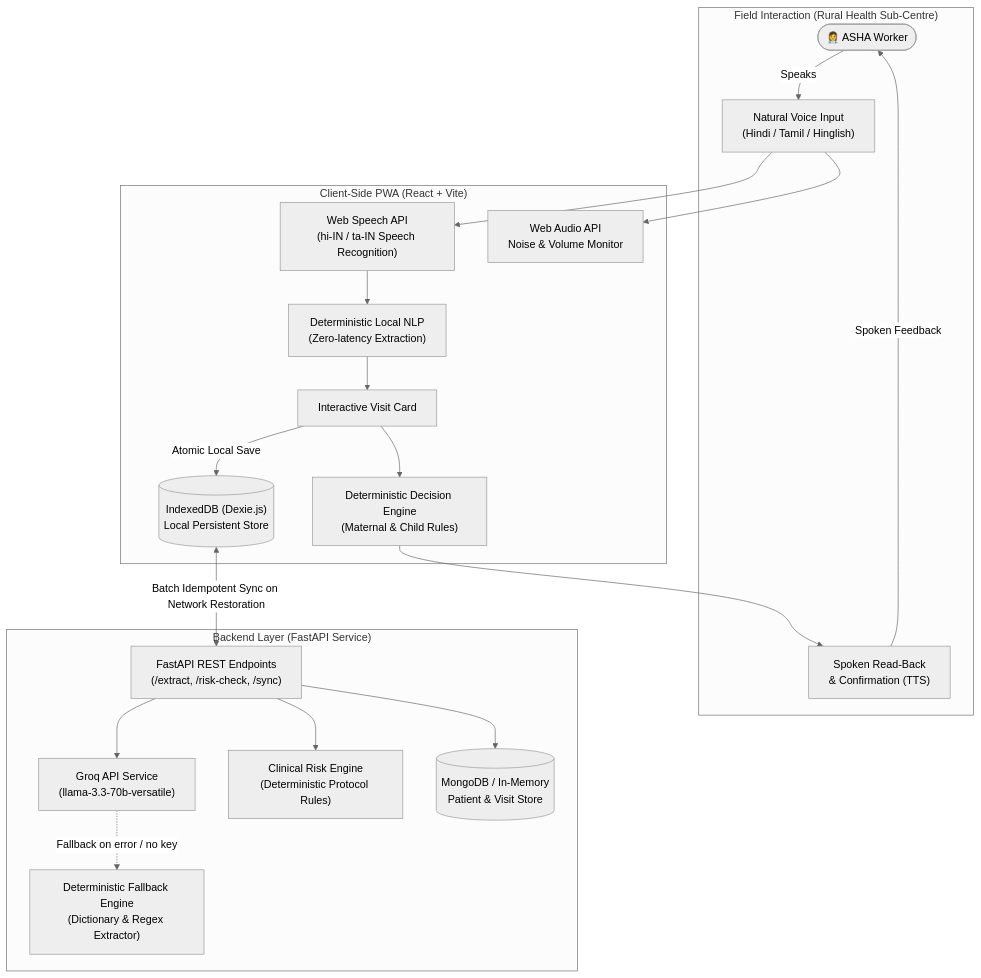
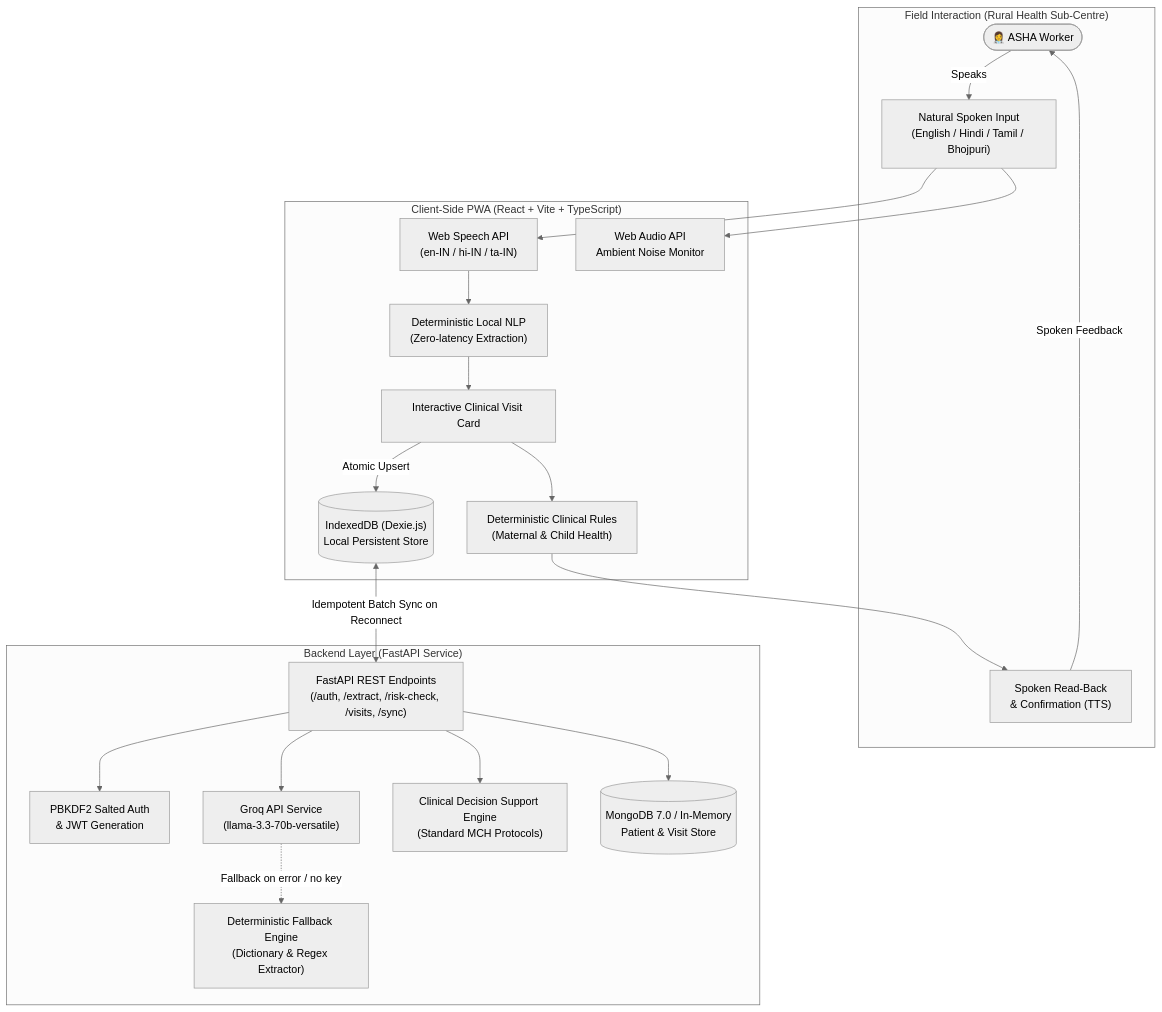
One commit to Kkt04/ASHA-Awaaz changed the second of 2 diagrams in README.md. Above: the diagram before and after it, drawn with Mermaid (neutral theme). The commit also changed other lines of this file and 4 other files, not shown here.

````diff
--- a/README.md
+++ b/README.md
@@ -74,42 +120,44 @@
 ```mermaid
 flowchart TD
     subgraph Field["Field Interaction (Rural Health Sub-Centre)"]
         ASHA(["👩‍⚕️ ASHA Worker"])
-        Mic["Natural Voice Input\n(Hindi / Tamil / Hinglish)"]
+        Mic["Natural Spoken Input\n(English / Hindi / Tamil / Bhojpuri)"]
         TTS["Spoken Read-Back\n& Confirmation (TTS)"]
         ASHA -->|Speaks| Mic
         TTS -->|Spoken Feedback| ASHA
     end
 
-    subgraph Client["Client-Side PWA (React + Vite)"]
-        WSR["Web Speech API\n(hi-IN / ta-IN Speech Recognition)"]
-        AudioMeter["Web Audio API\nNoise & Volume Monitor"]
-        Card["Interactive Visit Card"]
+    subgraph Client["Client-Side PWA (React + Vite + TypeScript)"]
+        WSR["Web Speech API\n(en-IN / hi-IN / ta-IN)"]
+        AudioMeter["Web Audio API\nAmbient Noise Monitor"]
+        Card["Interactive Clinical Visit Card"]
         LocalExtractor["Deterministic Local NLP\n(Zero-latency Extraction)"]
-        LocalRisk["Deterministic Decision Engine\n(Maternal & Child Rules)"]
+        LocalRisk["Deterministic Clinical Rules\n(Maternal & Child Health)"]
         DexieDB[("IndexedDB (Dexie.js)\nLocal Persistent Store")]
 
         Mic --> WSR
         Mic --> AudioMeter
         WSR --> LocalExtractor
         LocalExtractor --> Card
         Card --> LocalRisk
         LocalRisk --> TTS
-        Card -->|Atomic Local Save| DexieDB
+        Card -->|Atomic Upsert| DexieDB
     end
 
     subgraph Server["Backend Layer (FastAPI Service)"]
-        API["FastAPI REST Endpoints\n(/extract, /risk-check, /sync)"]
+        API["FastAPI REST Endpoints\n(/auth, /extract, /risk-check, /visits, /sync)"]
+        AuthHandler["PBKDF2 Salted Auth\n& JWT Generation"]
         Groq["Groq API Service\n(llama-3.3-70b-versatile)"]
         PyFallback["Deterministic Fallback Engine\n(Dictionary & Regex Extractor)"]
-        RiskEngine["Clinical Risk Engine\n(Deterministic Protocol Rules)"]
-        Mongo[("MongoDB / In-Memory\nPatient & Visit Store")]
+        RiskEngine["Clinical Decision Support Engine\n(Standard MCH Protocols)"]
+        Mongo[("MongoDB 7.0 / In-Memory\nPatient & Visit Store")]
 
+        API --> AuthHandler
         API --> Groq
         Groq -.->|Fallback on error / no key| PyFallback
         API --> RiskEngine
         API --> Mongo
     end
 
-    DexieDB <-->|Batch Idempotent Sync on Network Restoration| API
+    DexieDB <-->|Idempotent Batch Sync on Reconnect| API
 ```
````
